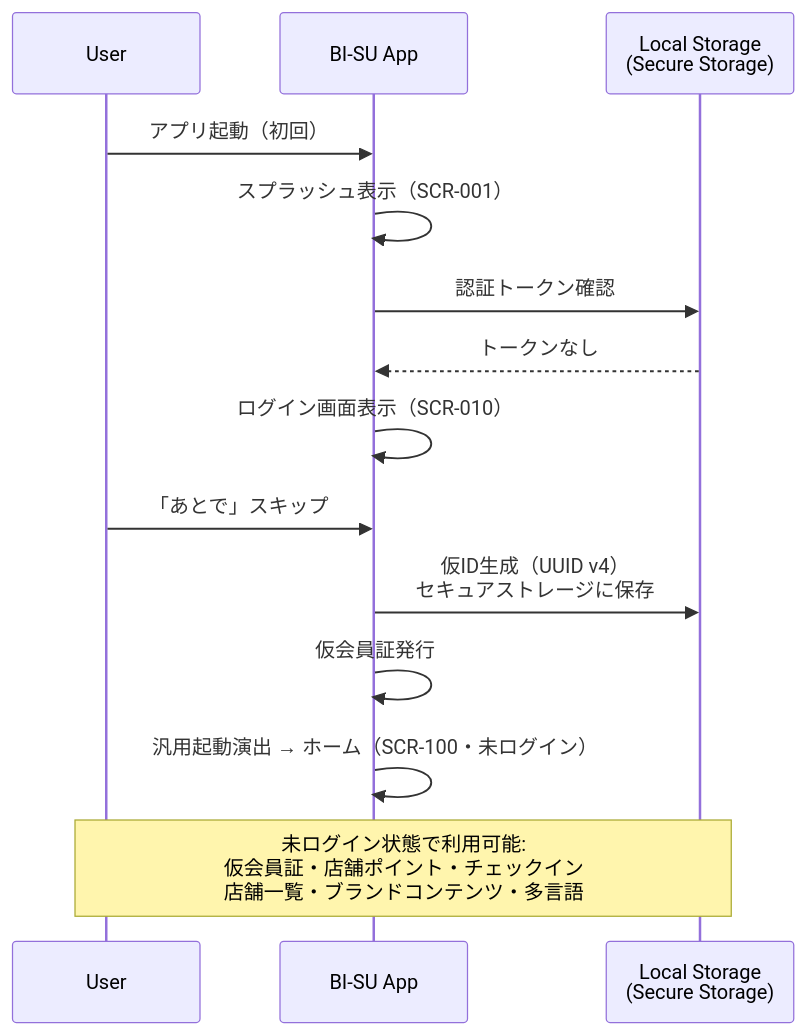
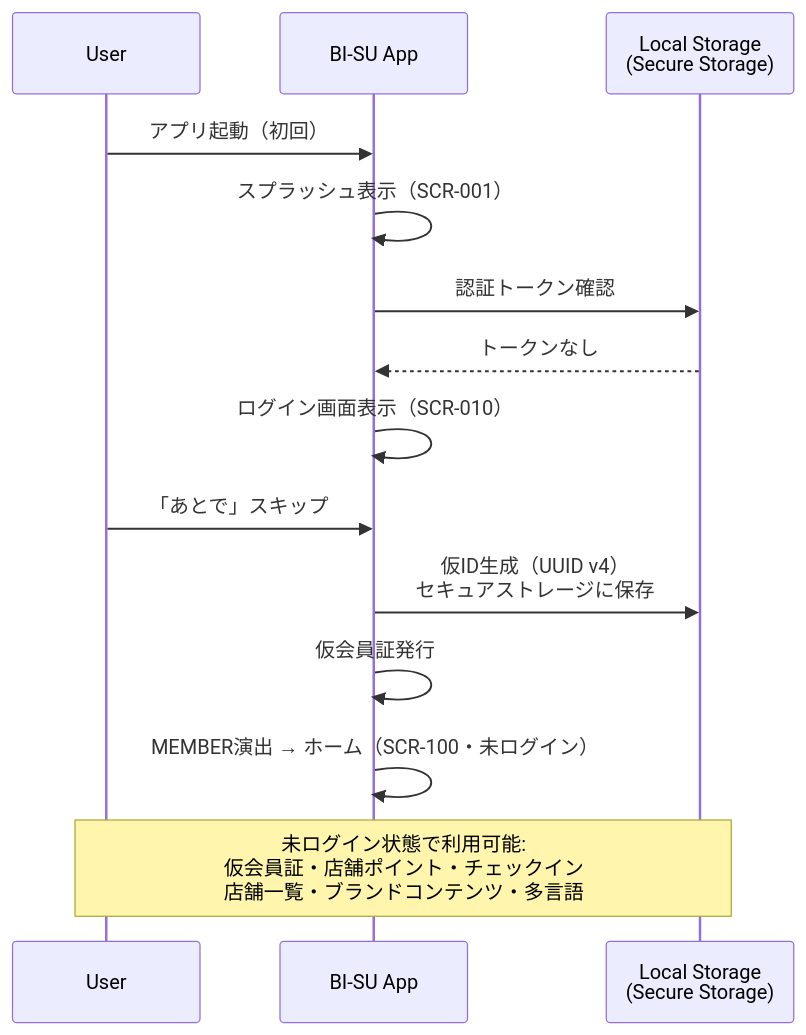
One commit to YukaHasebe/bi-su-app changed the first of 24 diagrams in docs/05_シーケンス図.md. Above: the diagram before and after it, drawn with Mermaid. The commit also changed other lines of this file and 6 other files, not shown here.

````diff
--- a/docs/05_シーケンス図.md
+++ b/docs/05_シーケンス図.md
@@ -18,18 +18,18 @@
 ```mermaid
 sequenceDiagram
     participant U as User
     participant App as BI-SU App
     participant LS as Local Storage<br/>(Secure Storage)
 
     U->>App: アプリ起動（初回）
     App->>App: スプラッシュ表示（SCR-001）
     App->>LS: 認証トークン確認
     LS-->>App: トークンなし
     App->>App: ログイン画面表示（SCR-010）
     U->>App: 「あとで」スキップ
     App->>LS: 仮ID生成（UUID v4）<br/>セキュアストレージに保存
     App->>App: 仮会員証発行
-    App->>App: 汎用起動演出 → ホーム（SCR-100・未ログイン）
+    App->>App: MEMBER演出 → ホーム（SCR-100・未ログイン）
 
     Note over U,LS: 未ログイン状態で利用可能:<br/>仮会員証・店舗ポイント・チェックイン<br/>店舗一覧・ブランドコンテンツ・多言語
 ```
````
